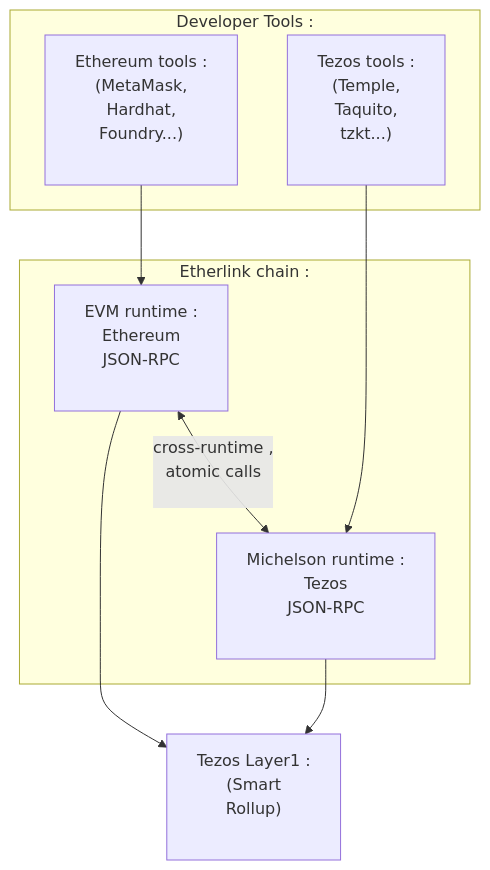
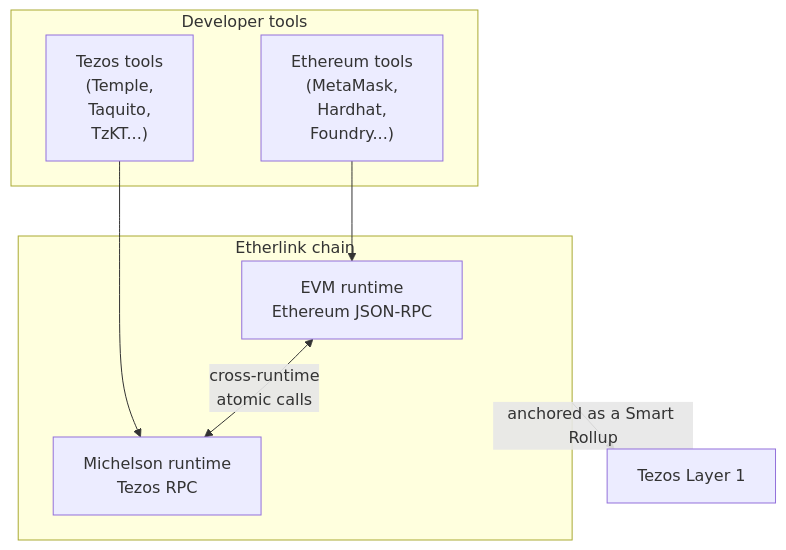
Before and after one commit to etherlinkcom/docs: the first of 2 diagrams in docs/overview/architecture.md, drawn with Mermaid. The commit also changed other lines of this file, not shown here.

Commit message:
architecture: review fixes for the Bridging vs. NAC section
- Michelson runtime exposes the Tezos RPC, not JSON-RPC (matches the
  interface table above)
- L1 node: Etherlink is the Smart Rollup, L1 hosts it; anchor the whole
  chain to L1 with a single edge instead of per-runtime edges
- sequence diagram note: the atomicity unit is the transaction, not the
  block
- comparison table: native tez is not wrapped by the L1<->L2 bridge;
  withdrawal latency is days, not hours
- cosmetic: stray colons/spacing in mermaid labels, 'a unified execution
  layer', 'economic space'

````diff
--- a/docs/overview/architecture.md
+++ b/docs/overview/architecture.md
@@ -25,19 +25,18 @@
 ```mermaid
 graph TB
-	subgraph tools["Developer Tools :"]
-       eth["Ethereum tools :<br/>(MetaMask,<br/>Hardhat,<br/>Foundry...)<br/><br/>"]
-       tez["Tezos tools :<br/>(Temple,<br/>Taquito,<br/>tzkt...)<br/><br/>"]
-	end
-    subgraph chain["Etherlink chain :"]
-       evm["EVM runtime :<br/>Ethereum<br/>JSON-RPC<br/><br/>"]
-       mic["Michelson runtime :<br/>Tezos<br/>JSON-RPC<br/><br/>"]
-       evm <-->|"cross-runtime , <br/>atomic calls<br/><br/>"| mic
+    subgraph tools["Developer tools"]
+       eth["Ethereum tools<br/>(MetaMask,<br/>Hardhat,<br/>Foundry...)"]
+       tez["Tezos tools<br/>(Temple,<br/>Taquito,<br/>TzKT...)"]
+    end
+    subgraph chain["Etherlink chain"]
+       evm["EVM runtime<br/>Ethereum JSON-RPC"]
+       mic["Michelson runtime<br/>Tezos RPC"]
+       evm <-->|"cross-runtime<br/>atomic calls"| mic
     end
 
-    l1["Tezos Layer1 :<br/>(Smart<br/>Rollup)<br/><br/>"]
+    l1["Tezos Layer 1"]
 
     eth --> evm
     tez --> mic
-    evm --> l1
-    mic --> l1
+    chain -->|"anchored as a Smart Rollup"| l1
 ```
````
